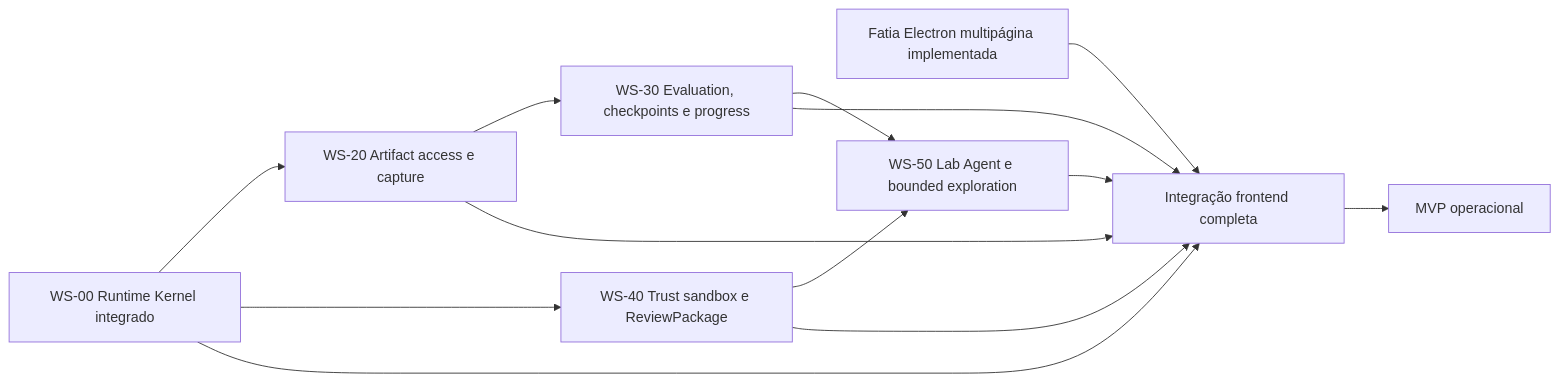
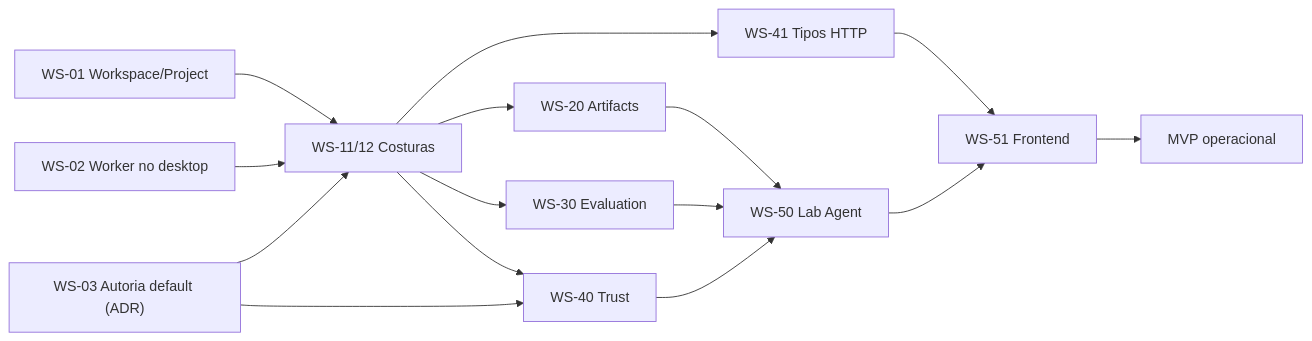
The diagram in docs/planning/mvp-implementation-roadmap.md (levygit837-cyber/evidrun), drawn with Mermaid before and after one commit. The commit also changed other lines of this file and 109 other files, not shown here.

First line of the commit message:
docs(architecture): record codebase layout and gate structural budget (#19)

````diff
--- a/docs/planning/mvp-implementation-roadmap.md
+++ b/docs/planning/mvp-implementation-roadmap.md
@@ -86,15 +138,17 @@
 ```mermaid
 flowchart LR
-    W0["WS-00 Runtime Kernel integrado"] --> W2["WS-20 Artifact access e capture"]
-    W0 --> W4["WS-40 Trust sandbox e ReviewPackage"]
-    W1["Fatia Electron multipágina implementada"] --> W6["Integração frontend completa"]
-    W2 --> W3["WS-30 Evaluation, checkpoints e progress"]
-    W4 --> W5["WS-50 Lab Agent e bounded exploration"]
-    W3 --> W5
-    W0 --> W6
-    W2 --> W6
-    W3 --> W6
-    W4 --> W6
-    W5 --> W6
-    W6 --> MVP["MVP operacional"]
+    W01["WS-01 Workspace/Project"] --> SEAM
+    W02["WS-02 Worker no desktop"] --> SEAM
+    W03["WS-03 Autoria default (ADR)"] --> SEAM
+    SEAM["WS-11/12 Costuras"] --> W20["WS-20 Artifacts"]
+    SEAM --> W30["WS-30 Evaluation"]
+    SEAM --> W40["WS-40 Trust"]
+    SEAM --> W41["WS-41 Tipos HTTP"]
+    W03 --> W40
+    W20 --> W50["WS-50 Lab Agent"]
+    W30 --> W50
+    W40 --> W50
+    W41 --> W51["WS-51 Frontend"]
+    W50 --> W51
+    W51 --> MVP["MVP operacional"]
 ```
````
